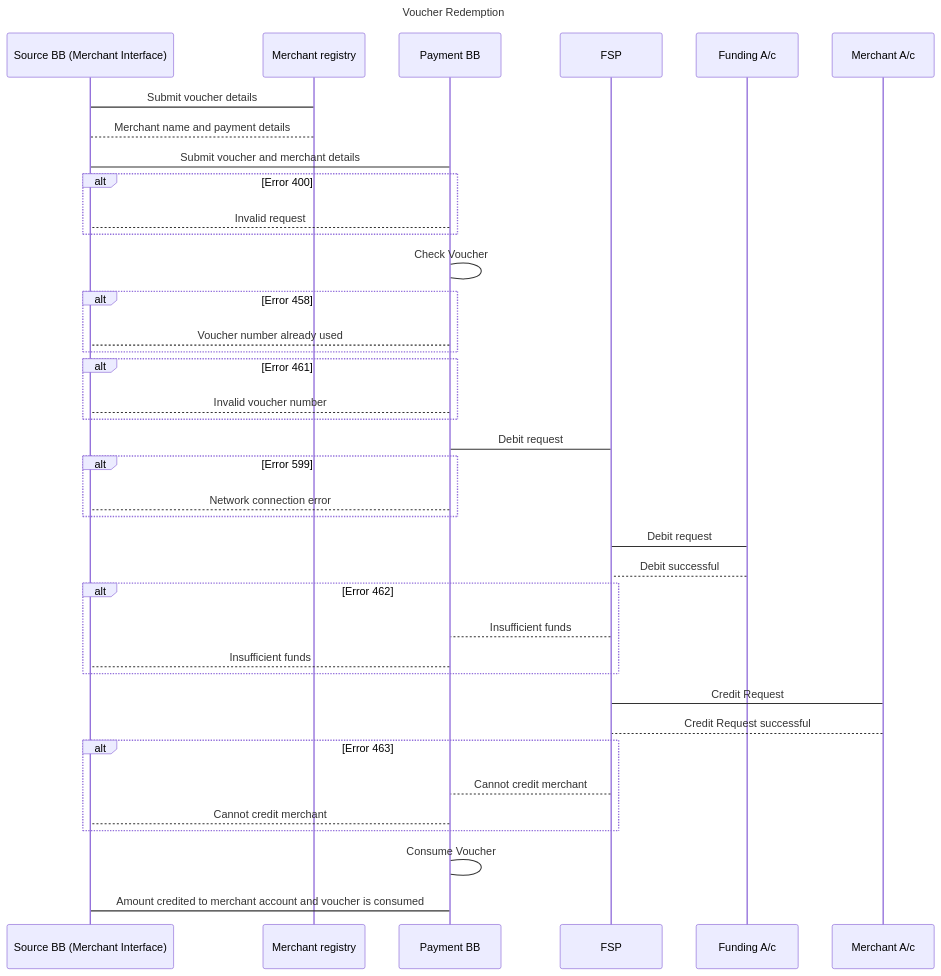
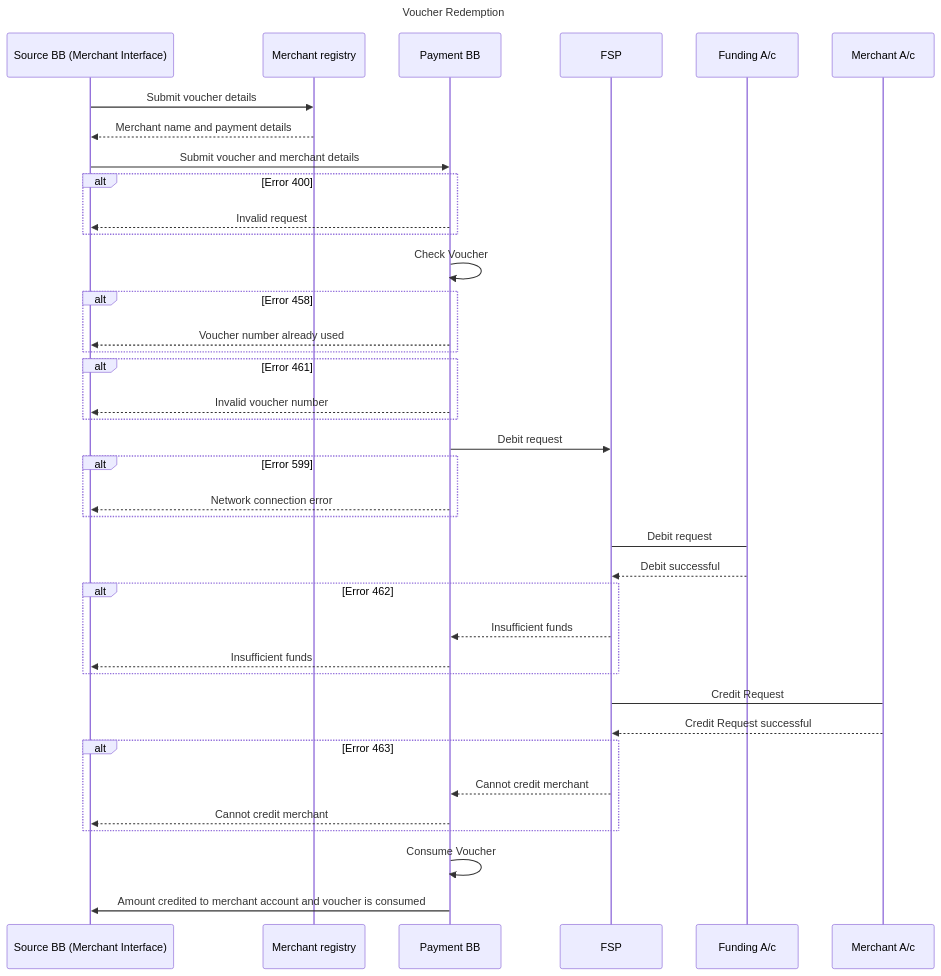
One commit to somanath21/bb-payments changed the fifth of 10 diagrams in spec/10-workflows.md. Above: the diagram before and after it, drawn with Mermaid. The commit also changed other lines of this file and 2 other files, not shown here.

````diff
--- a/spec/10-workflows.md
+++ b/spec/10-workflows.md
@@ -223,52 +225,48 @@
 ```mermaid
 sequenceDiagram
 title Voucher Redemption
 
-Source BB (Merchant Interface) -> Merchant registry: Submit voucher details
-Merchant registry --> Source BB (Merchant Interface): Merchant name and payment details
-Source BB (Merchant Interface) -> Payment BB: Submit voucher and merchant details
+Source BB (Merchant Interface) ->> Merchant registry: Submit voucher details
+Merchant registry -->> Source BB (Merchant Interface): Merchant name and payment details
+Source BB (Merchant Interface) ->> Payment BB: Submit voucher and merchant details
 
 alt Error 400
-    Payment BB-->Source BB (Merchant Interface): Invalid request
+    Payment BB-->>Source BB (Merchant Interface): Invalid request
 end
 
-Payment BB -> Payment BB: Check Voucher
+Payment BB ->> Payment BB: Check Voucher
 
 alt Error 458
-    Payment BB-->Source BB (Merchant Interface): Voucher number already used
+    Payment BB-->>Source BB (Merchant Interface): Voucher number already used
 end
 
 alt Error 461
-    Payment BB-->Source BB (Merchant Interface): Invalid voucher number
+    Payment BB-->>Source BB (Merchant Interface): Invalid voucher number
 end
 
-Payment BB->FSP: Debit request
+Payment BB->>FSP: Debit request
 
 alt Error 599
-    Payment BB-->Source BB (Merchant Interface): Network connection error
+    Payment BB-->>Source BB (Merchant Interface): Network connection error
 end
 
 FSP->Funding A/c: Debit request
-Funding A/c --> FSP: Debit successful
+Funding A/c -->> FSP: Debit successful
 
 alt Error 462
-    FSP --> Payment BB: Insufficient funds
-    Payment BB --> Source BB (Merchant Interface): Insufficient funds
+    FSP -->> Payment BB: Insufficient funds
+    Payment BB -->> Source BB (Merchant Interface): Insufficient funds
 end
 
 FSP->Merchant A/c: Credit Request
-Merchant A/c --> FSP: Credit Request successful
+Merchant A/c -->> FSP: Credit Request successful
 
 alt Error 463
-    FSP --> Payment BB: Cannot credit merchant
-    Payment BB --> Source BB (Merchant Interface): Cannot credit merchant
+    FSP -->> Payment BB: Cannot credit merchant
+    Payment BB -->> Source BB (Merchant Interface): Cannot credit merchant
 end
 
-Payment BB -> Payment BB: Consume Voucher
-Payment BB -> Source BB (Merchant Interface): Amount credited to merchant account and voucher is consumed
-
-
-
-
+Payment BB ->> Payment BB: Consume Voucher
+Payment BB ->> Source BB (Merchant Interface): Amount credited to merchant account and voucher is consumed
 
 ```
````
